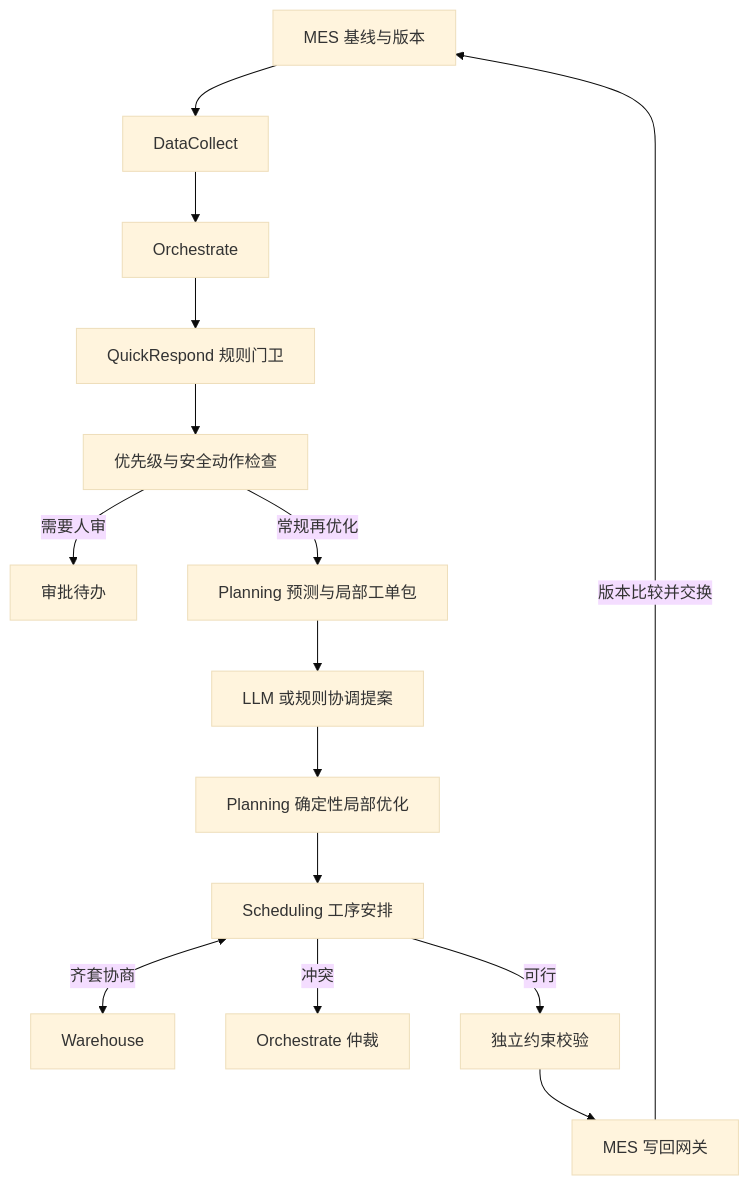
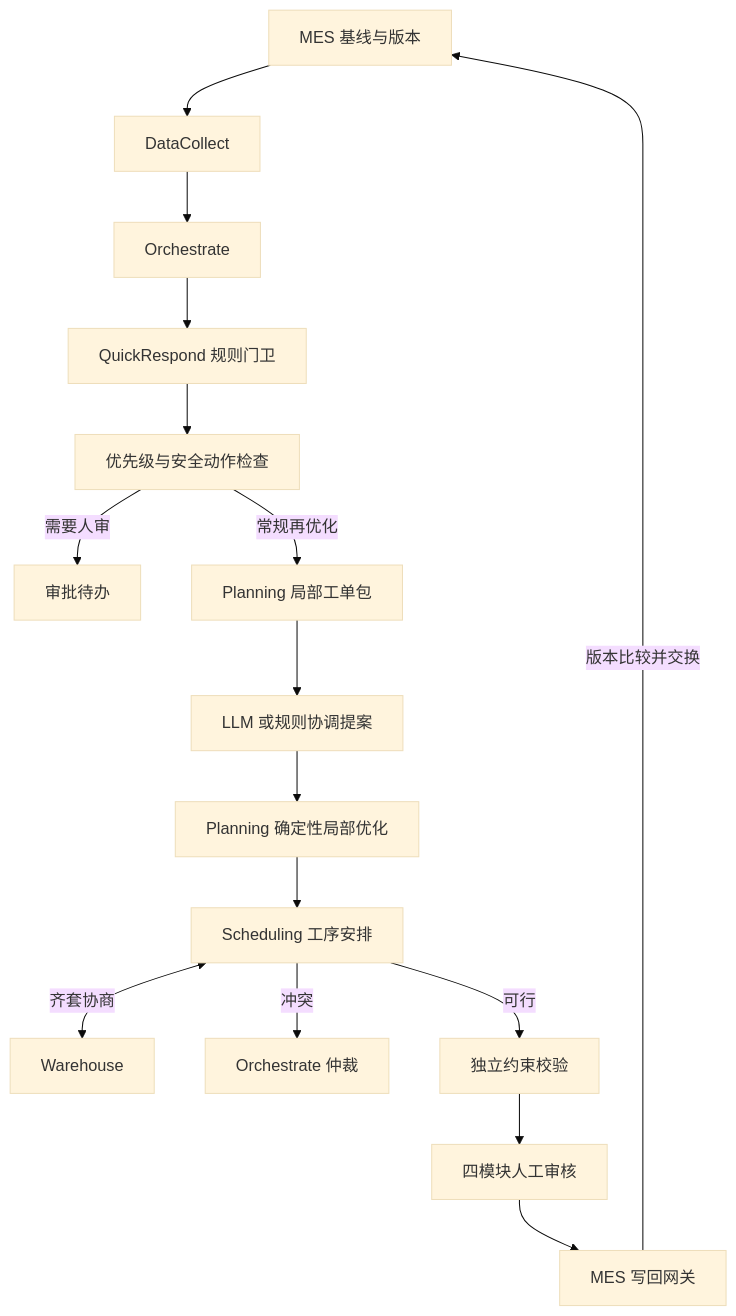
One commit to modi20230416/maps-enterprise-agents-public changed the diagram in docs/architecture.md. Above: the diagram before and after it, drawn with Mermaid (base theme). The commit also changed other lines of this file and 23 other files, not shown here.

````diff
--- a/docs/architecture.md
+++ b/docs/architecture.md
@@ -11,17 +13,18 @@
 ```mermaid
 flowchart TD
     MES[MES 基线与版本] --> DC[DataCollect]
     DC --> OR[Orchestrate]
     OR --> QR[QuickRespond 规则门卫]
     QR --> SAFE[优先级与安全动作检查]
     SAFE -->|需要人审| HITL[审批待办]
-    SAFE -->|常规再优化| PLAN[Planning 预测与局部工单包]
+    SAFE -->|常规再优化| PLAN[Planning 局部工单包]
     PLAN --> PROP[LLM 或规则协调提案]
     PROP --> OPT[Planning 确定性局部优化]
     OPT --> SA[Scheduling 工序安排]
     SA <-->|齐套协商| WA[Warehouse]
     SA -->|冲突| AR[Orchestrate 仲裁]
     SA -->|可行| CHECK[独立约束校验]
-    CHECK --> GW[MES 写回网关]
+    CHECK --> REVIEW[四模块人工审核]
+    REVIEW --> GW[MES 写回网关]
     GW -->|版本比较并交换| MES
 ```
````
